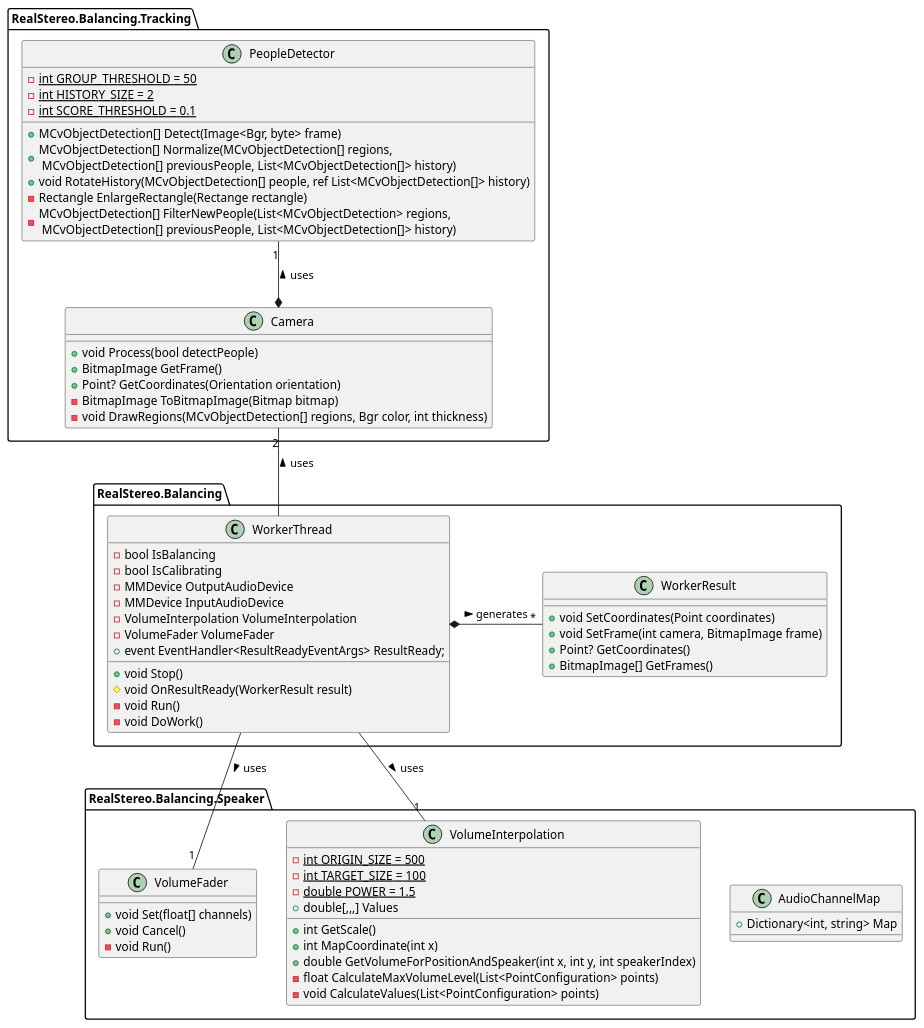
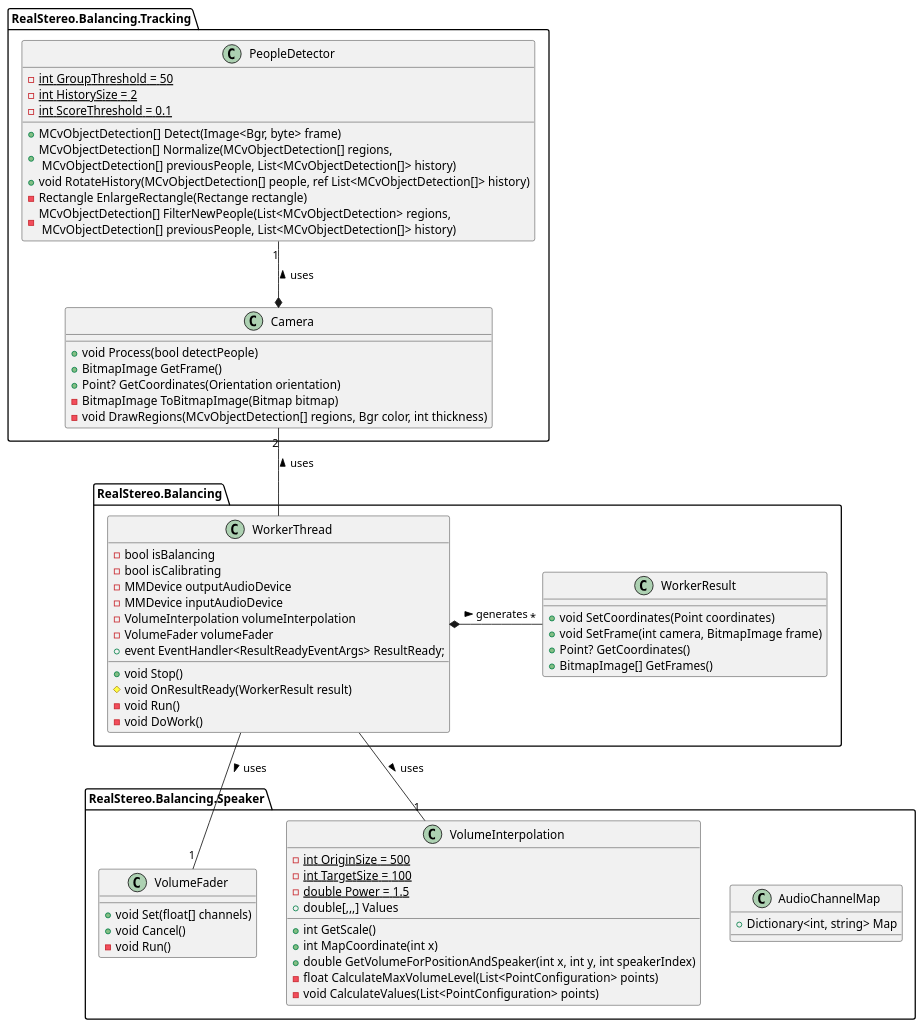
One commit to cyrilwanner/real-stereo changed the diagram in diagrams/balancing.plantuml. Above: the diagram before and after it, drawn with PlantUML. The commit also changed 1 other file, not shown here.

Commit message:
Update class diagrams

```diff
--- a/diagrams/balancing.plantuml
+++ b/diagrams/balancing.plantuml
@@ -1,81 +1,81 @@
 @startuml ClassDiagram
 skinparam defaultTextAlignment center
 skinparam nodesep 0
 allowmixing
 
 
 package "RealStereo.Balancing" as Balancing {
   class WorkerResult {
     + void SetCoordinates(Point coordinates)
     + void SetFrame(int camera, BitmapImage frame)
     + Point? GetCoordinates()
     + BitmapImage[] GetFrames()
   }
 
   class WorkerThread {
-    - bool IsBalancing
-    - bool IsCalibrating
-    - MMDevice OutputAudioDevice
-    - MMDevice InputAudioDevice
-    - VolumeInterpolation VolumeInterpolation
-    - VolumeFader VolumeFader
+    - bool isBalancing
+    - bool isCalibrating
+    - MMDevice outputAudioDevice
+    - MMDevice inputAudioDevice
+    - VolumeInterpolation volumeInterpolation
+    - VolumeFader volumeFader
     + event EventHandler<ResultReadyEventArgs> ResultReady;
     + void Stop()
     # void OnResultReady(WorkerResult result)
     - void Run()
     - void DoWork()
   }
 }
 
 package "RealStereo.Balancing.Speaker" as Speaker {
   class AudioChannelMap {
     + Dictionary<int, string> Map
   }
 
   class VolumeFader {
     + void Set(float[] channels)
     + void Cancel()
     - void Run()
   }
 
   class VolumeInterpolation {
-    - {static} int ORIGIN_SIZE = 500
-    - {static} int TARGET_SIZE = 100
-    - {static} double POWER = 1.5
+    - {static} int OriginSize = 500
+    - {static} int TargetSize = 100
+    - {static} double Power = 1.5
     + double[,,,] Values
     + int GetScale()
     + int MapCoordinate(int x)
     + double GetVolumeForPositionAndSpeaker(int x, int y, int speakerIndex)
     - float CalculateMaxVolumeLevel(List<PointConfiguration> points)
     - void CalculateValues(List<PointConfiguration> points)
   }
 }
 
 package "RealStereo.Balancing.Tracking" as Tracking {
   class Camera {
     + void Process(bool detectPeople)
     + BitmapImage GetFrame()
     + Point? GetCoordinates(Orientation orientation)
     - BitmapImage ToBitmapImage(Bitmap bitmap)
     - void DrawRegions(MCvObjectDetection[] regions, Bgr color, int thickness)
   }
 
   class PeopleDetector {
-    - {static} int GROUP_THRESHOLD = 50
-    - {static} int HISTORY_SIZE = 2
-    - {static} int SCORE_THRESHOLD = 0.1
+    - {static} int GroupThreshold = 50
+    - {static} int HistorySize = 2
+    - {static} int ScoreThreshold = 0.1
     + MCvObjectDetection[] Detect(Image<Bgr, byte> frame)
     + MCvObjectDetection[] Normalize(MCvObjectDetection[] regions,\n MCvObjectDetection[] previousPeople, List<MCvObjectDetection[]> history)
     + void RotateHistory(MCvObjectDetection[] people, ref List<MCvObjectDetection[]> history)
     - Rectangle EnlargeRectangle(Rectange rectangle)
     - MCvObjectDetection[] FilterNewPeople(List<MCvObjectDetection> regions,\n MCvObjectDetection[] previousPeople, List<MCvObjectDetection[]> history)
   }
 }
 
 WorkerThread *- "*" WorkerResult: generates >
 WorkerThread -- "1" VolumeFader: uses >
 WorkerThread -- "1" VolumeInterpolation: uses >
 Camera "2" -- WorkerThread: uses <
 PeopleDetector "1" --*  Camera: uses <
 
 @enduml
```
